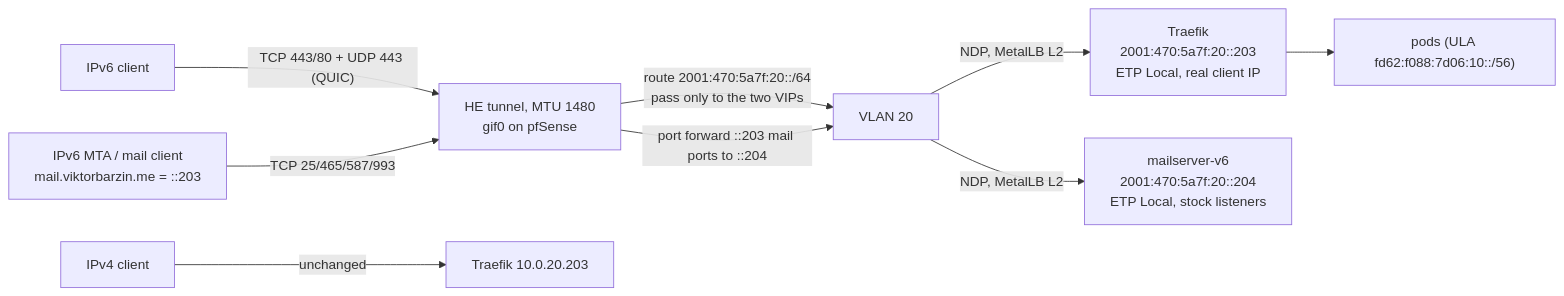
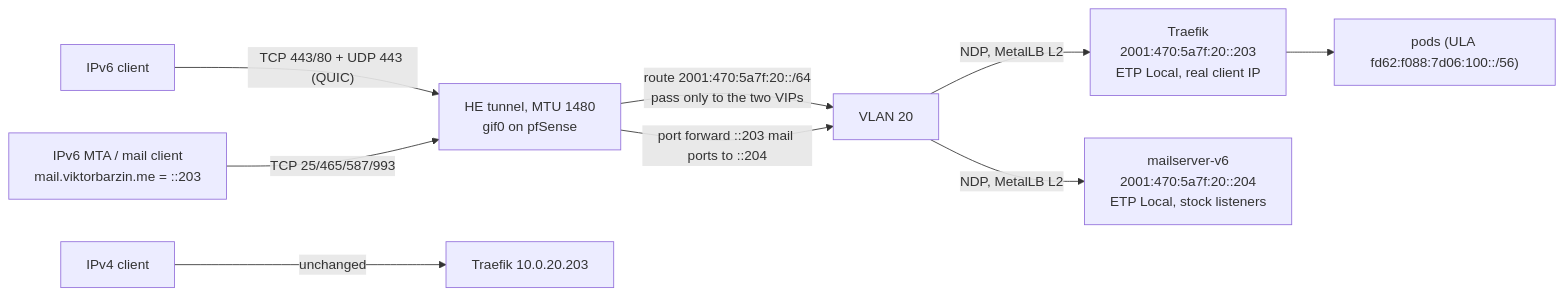
One commit to ViktorBarzin/infra changed the first of 2 diagrams in docs/plans/2026-11-02-cluster-dual-stack.md. Above: the diagram before and after it, drawn with Mermaid. The commit also changed other lines of this file and 1 other file, not shown here.

Commit message:
docs: research CNI alternatives before dual-stack; fix plan pod prefix
Viktor asked whether to replace Calico while we convert to dual-stack. The
note compares Calico (stay), Cilium, Antrea, Kube-OVN, kube-router and Flannel
against what we use. Verdict: stay on Calico. Cilium's L2 announcements are
incompatible with externalTrafficPolicy Local and cannot announce one IP for
two Services (both true for Traefik), Cilium's migration guide is untested
with BGP or IP-family changes, and our Calico-specific policy surface is
small. Worth doing on Calico: turn BGP off after dual-stack.

Plan: two places still used the misaligned fd62:f088:7d06:10::/56; now :100::/56.

````diff
--- a/docs/plans/2026-11-02-cluster-dual-stack.md
+++ b/docs/plans/2026-11-02-cluster-dual-stack.md
@@ -58,11 +58,11 @@
 ```mermaid
 flowchart LR
     C6["IPv6 client"] -->|"TCP 443/80 + UDP 443 (QUIC)"| HE["HE tunnel, MTU 1480<br/>gif0 on pfSense"]
     C6m["IPv6 MTA / mail client<br/>mail.viktorbarzin.me = ::203"] -->|"TCP 25/465/587/993"| HE
     HE -->|"route 2001:470:5a7f:20::/64<br/>pass only to the two VIPs"| V20["VLAN 20"]
     V20 -->|"NDP, MetalLB L2"| T["Traefik<br/>2001:470:5a7f:20::203<br/>ETP Local, real client IP"]
     HE -->|"port forward ::203 mail ports to ::204"| V20
     V20 -->|"NDP, MetalLB L2"| M["mailserver-v6<br/>2001:470:5a7f:20::204<br/>ETP Local, stock listeners"]
-    T --> P["pods (ULA fd62:f088:7d06:10::/56)"]
+    T --> P["pods (ULA fd62:f088:7d06:100::/56)"]
     C4["IPv4 client"] -->|"unchanged"| T4["Traefik 10.0.20.203"]
 ```
````
